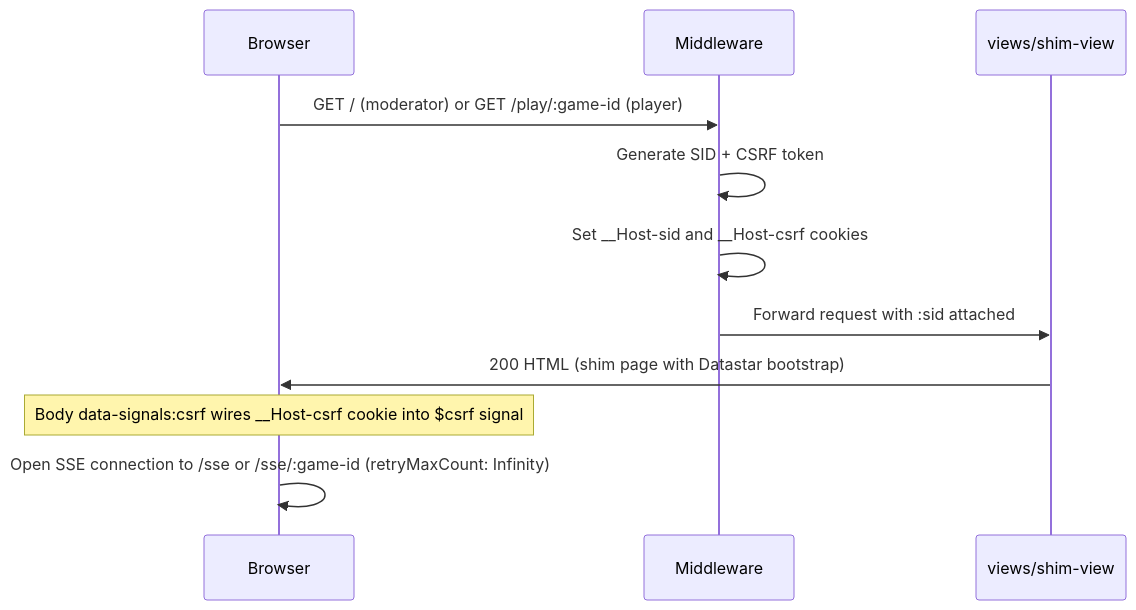
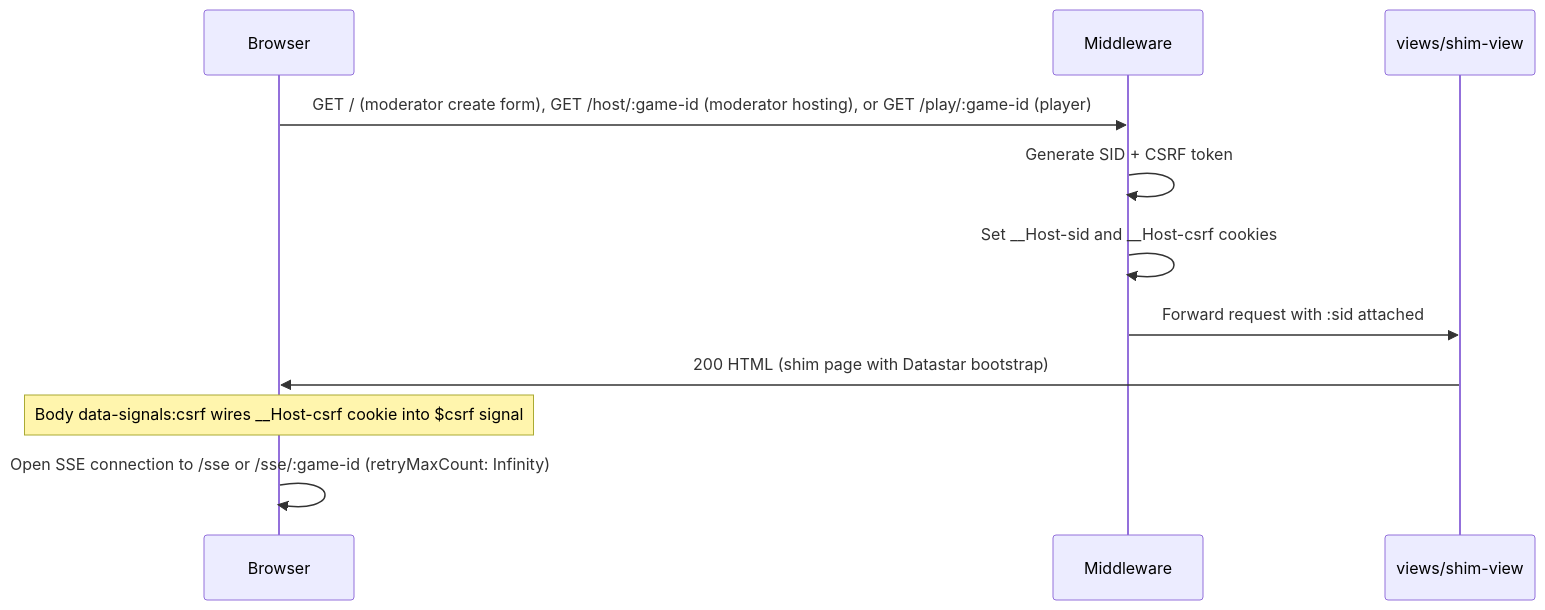
Before and after one commit to jindrichmynarz/localquiz: the first of 8 diagrams in data_flow.md, drawn with Mermaid. The commit also changed other lines of this file, not shown here.

Commit message:
Update data flow to reflect the divorce of game ID and moderator ID

````diff
--- a/data_flow.md
+++ b/data_flow.md
@@ -61,14 +61,14 @@
 ```mermaid
 sequenceDiagram
     participant B as Browser
     participant MW as Middleware
     participant V as views/shim-view
 
-    B->>MW: GET / (moderator) or GET /play/:game-id (player)
+    B->>MW: GET / (moderator create form), GET /host/:game-id (moderator hosting), or GET /play/:game-id (player)
     MW->>MW: Generate SID + CSRF token
     MW->>MW: Set __Host-sid and __Host-csrf cookies
     MW->>V: Forward request with :sid attached
     V->>B: 200 HTML (shim page with Datastar bootstrap)
     Note over B: Body data-signals:csrf wires __Host-csrf cookie into $csrf signal
     B->>B: Open SSE connection to /sse or /sse/:game-id (retryMaxCount: Infinity)
 ```
````
